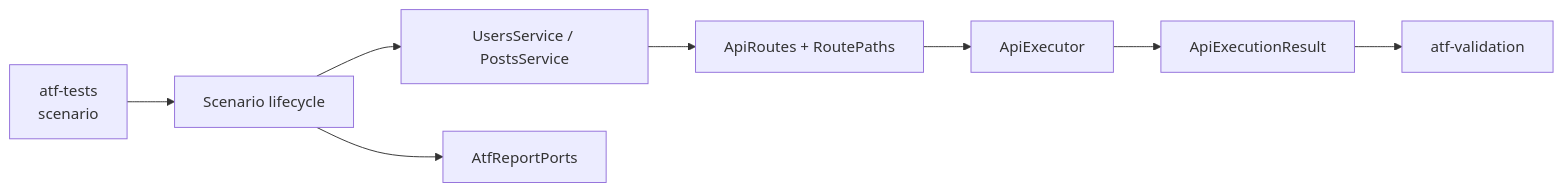
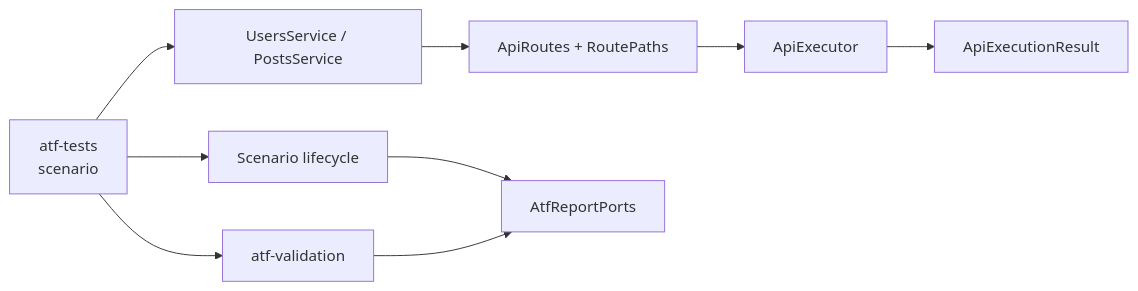
One commit to crististefanita/demo2 changed the first of 2 diagrams in atf-execution/README.md. Above: the diagram before and after it, drawn with Mermaid. The commit also changed other lines of this file and 38 other files, not shown here.

Commit message:
Refine Java ATF reporting and execution contracts

````diff
--- a/atf-execution/README.md
+++ b/atf-execution/README.md
@@ -9,10 +13,11 @@
 ```mermaid
 flowchart LR
     Test[atf-tests<br>scenario] --> Lifecycle[Scenario lifecycle]
-    Lifecycle --> Service[UsersService / PostsService]
+    Test --> Service[UsersService / PostsService]
     Service --> Routes[ApiRoutes + RoutePaths]
     Routes --> Executor[ApiExecutor]
-    Executor --> Response[ApiExecutionResult]
-    Response --> Validation[atf-validation]
+    Executor --> Result[ApiExecutionResult]
+    Test --> Validation[atf-validation]
     Lifecycle --> Report[AtfReportPorts]
+    Validation --> Report
 ```
````
